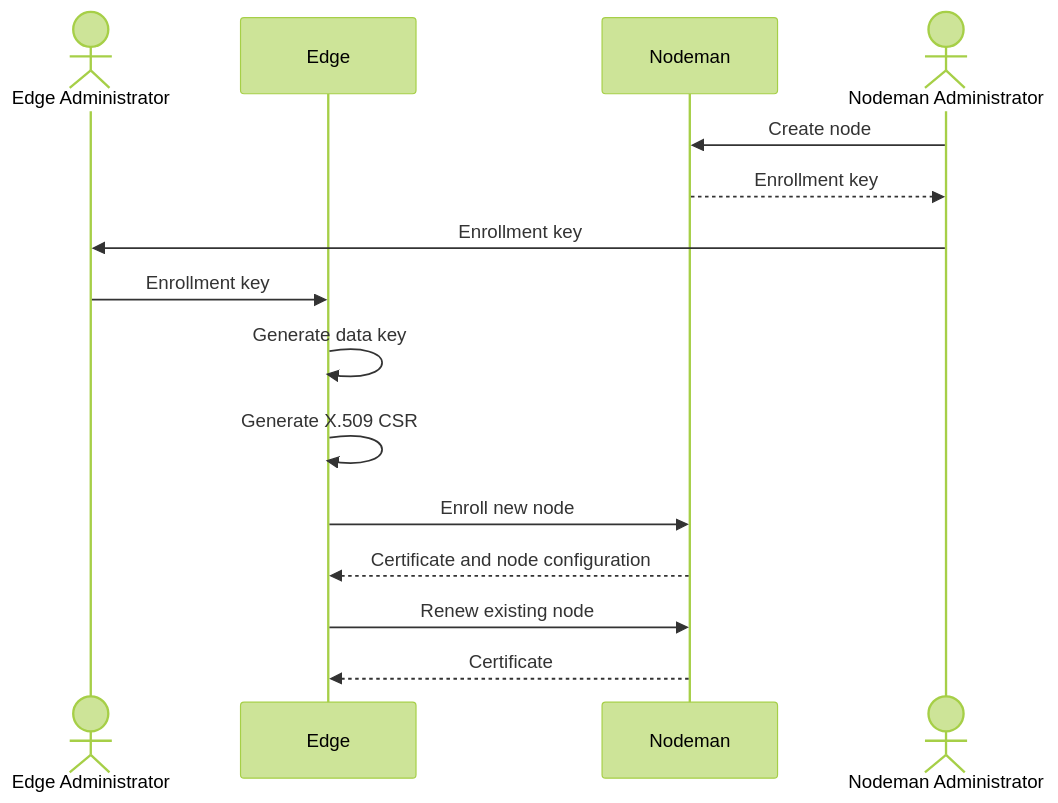
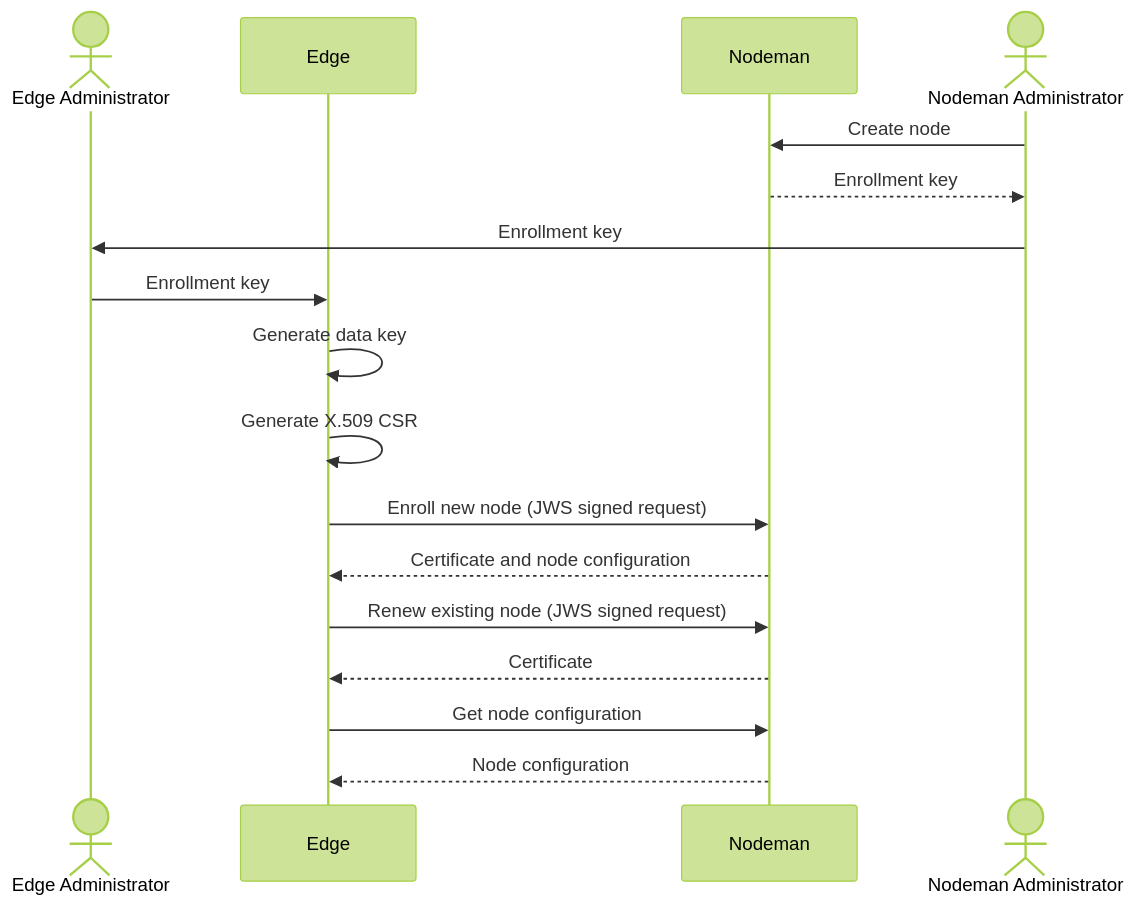
The diagram in README.md (dnstapir/nodeman), drawn with Mermaid (forest theme) before and after one commit.

````diff
--- a/README.md
+++ b/README.md
@@ -5,23 +5,26 @@
 ```mermaid
 sequenceDiagram
 
 actor enduser as Edge Administrator
 participant edge as Edge
 
 participant nodeman as Nodeman
 actor admin as Nodeman Administrator
 
 admin->>nodeman: Create node
 nodeman-->>admin: Enrollment key
 admin->>enduser: Enrollment key
 
 enduser->>edge: Enrollment key
 edge->>edge: Generate data key
 edge->>edge: Generate X.509 CSR
 
-edge->>nodeman: Enroll new node
+edge->>nodeman: Enroll new node (JWS signed request)
 nodeman-->>edge: Certificate and node configuration
 
-edge->>nodeman: Renew existing node
+edge->>nodeman: Renew existing node (JWS signed request)
 nodeman-->>edge: Certificate
+
+edge->>nodeman: Get node configuration
+nodeman-->>edge: Node configuration
 ```
````
